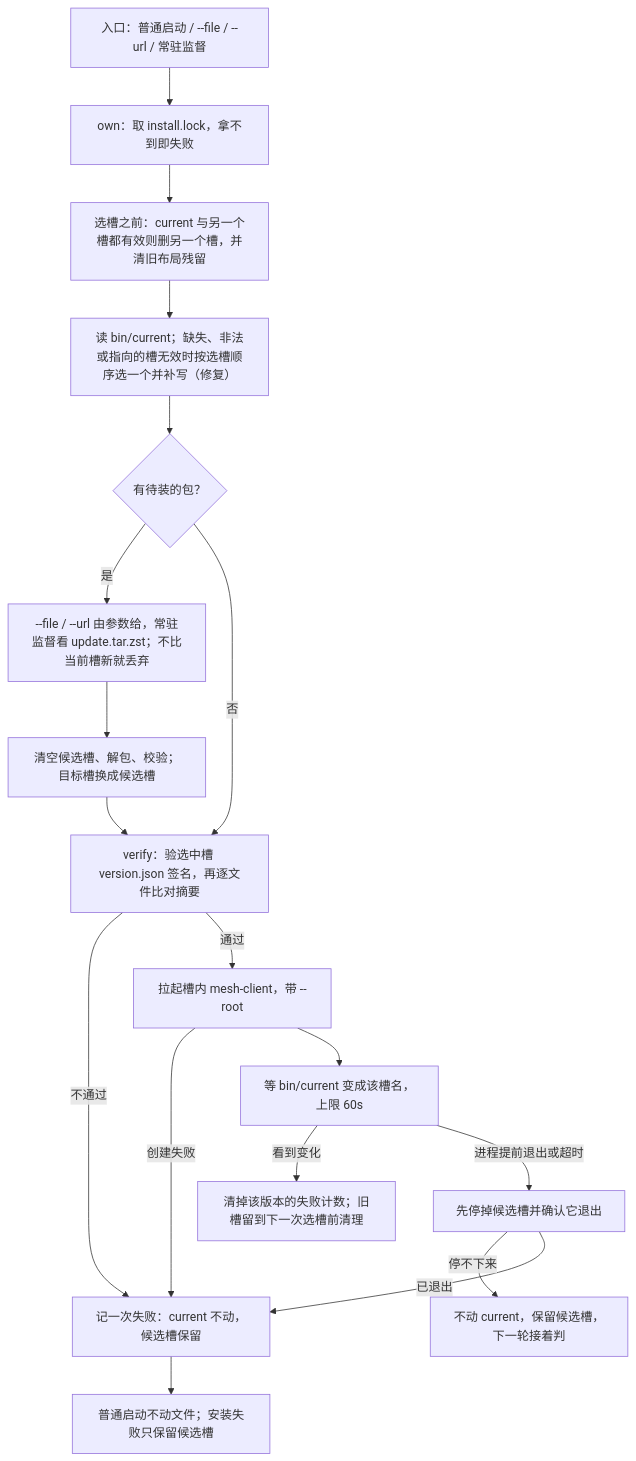
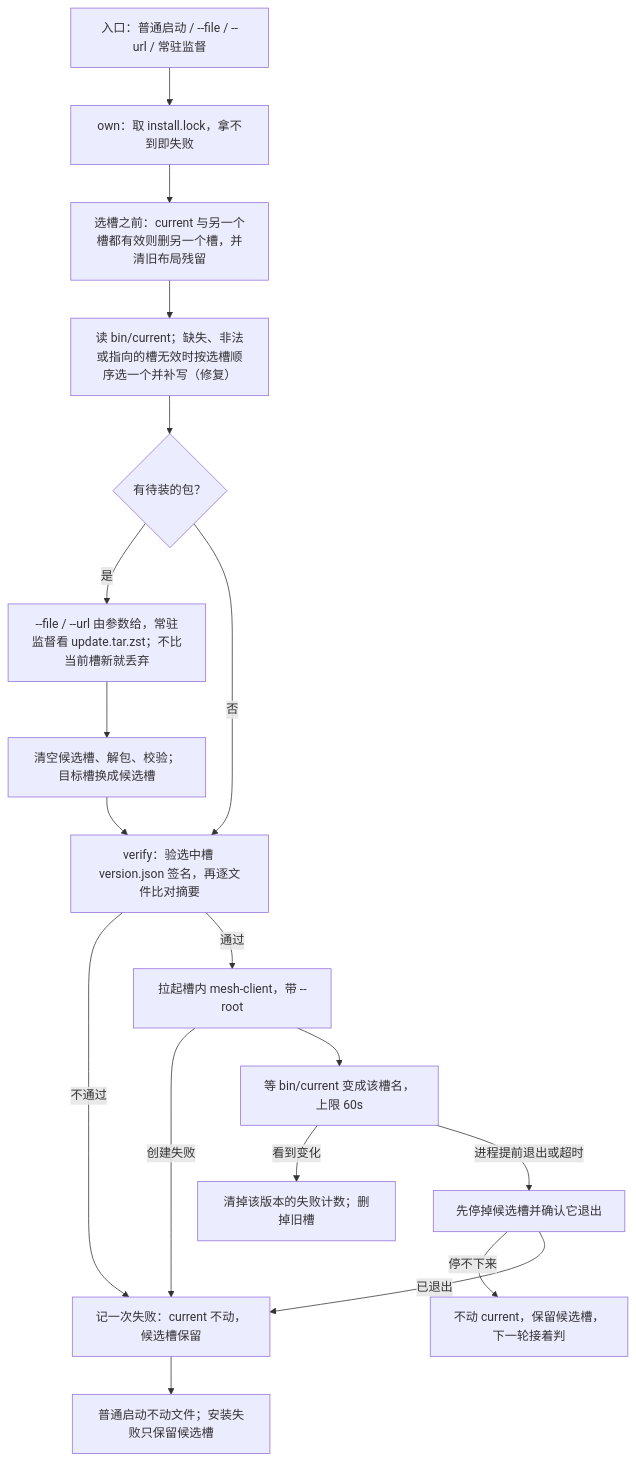
The third of 8 diagrams in docs/states.md (hiromuraki/mesh-client), drawn with Mermaid before and after one commit. The commit also changed other lines of this file and 3 other files, not shown here.

````diff
--- a/docs/states.md
+++ b/docs/states.md
@@ -104,20 +104,20 @@
 ```mermaid
 flowchart TD
   A["入口：普通启动 / --file / --url / 常驻监督"] --> B["own：取 install.lock，拿不到即失败"]
   B --> B2["选槽之前：current 与另一个槽都有效则删另一个槽，并清旧布局残留"]
   B2 --> C["读 bin/current；缺失、非法或指向的槽无效时按选槽顺序选一个并补写（修复）"]
   C --> D{"有待装的包？"}
   D -- 是 --> E["--file / --url 由参数给，常驻监督看 update.tar.zst；不比当前槽新就丢弃"]
   D -- 否 --> F["verify：验选中槽 version.json 签名，再逐文件比对摘要"]
   E --> G["清空候选槽、解包、校验；目标槽换成候选槽"]
   G --> F
   F -- 不通过 --> H["记一次失败：current 不动，候选槽保留"]
   F -- 通过 --> I["拉起槽内 mesh-client，带 --root"]
   I -- 创建失败 --> H
   I --> J["等 bin/current 变成该槽名，上限 60s"]
-  J -- 看到变化 --> K["清掉该版本的失败计数；旧槽留到下一次选槽前清理"]
+  J -- 看到变化 --> K["清掉该版本的失败计数；删掉旧槽"]
   J -- 进程提前退出或超时 --> L["先停掉候选槽并确认它退出"]
   L -- 停不下来 --> M["不动 current，保留候选槽，下一轮接着判"]
   L -- 已退出 --> H
   H --> N["普通启动不动文件；安装失败只保留候选槽"]
 ```
````
